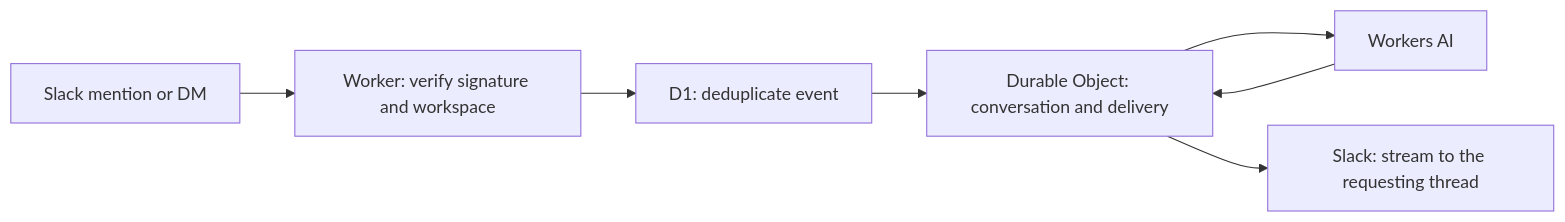
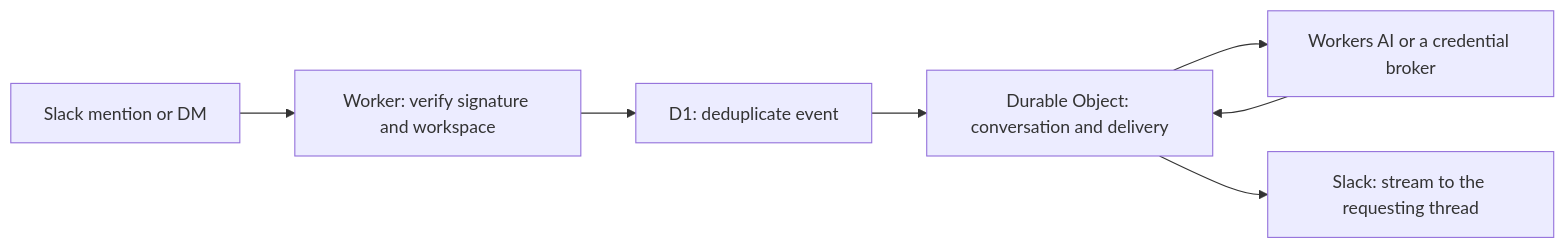
Before and after one commit to cgaravitoq/agentic-slack: the diagram in README.md, drawn with Mermaid. The commit also changed other lines of this file and 17 other files, not shown here.

First line of the commit message:
feat: run the model on a credential broker instead of Workers AI (#18)

````diff
--- a/README.md
+++ b/README.md
@@ -24,9 +24,9 @@
 ```mermaid
 flowchart LR
     Slack[Slack mention or DM] --> Ingress[Worker: verify signature and workspace]
     Ingress --> Dedup[D1: deduplicate event]
     Dedup --> Agent[Durable Object: conversation and delivery]
-    Agent --> Model[Workers AI]
+    Agent --> Model[Workers AI or a credential broker]
     Model --> Agent
     Agent --> Reply[Slack: stream to the requesting thread]
 ```
````
